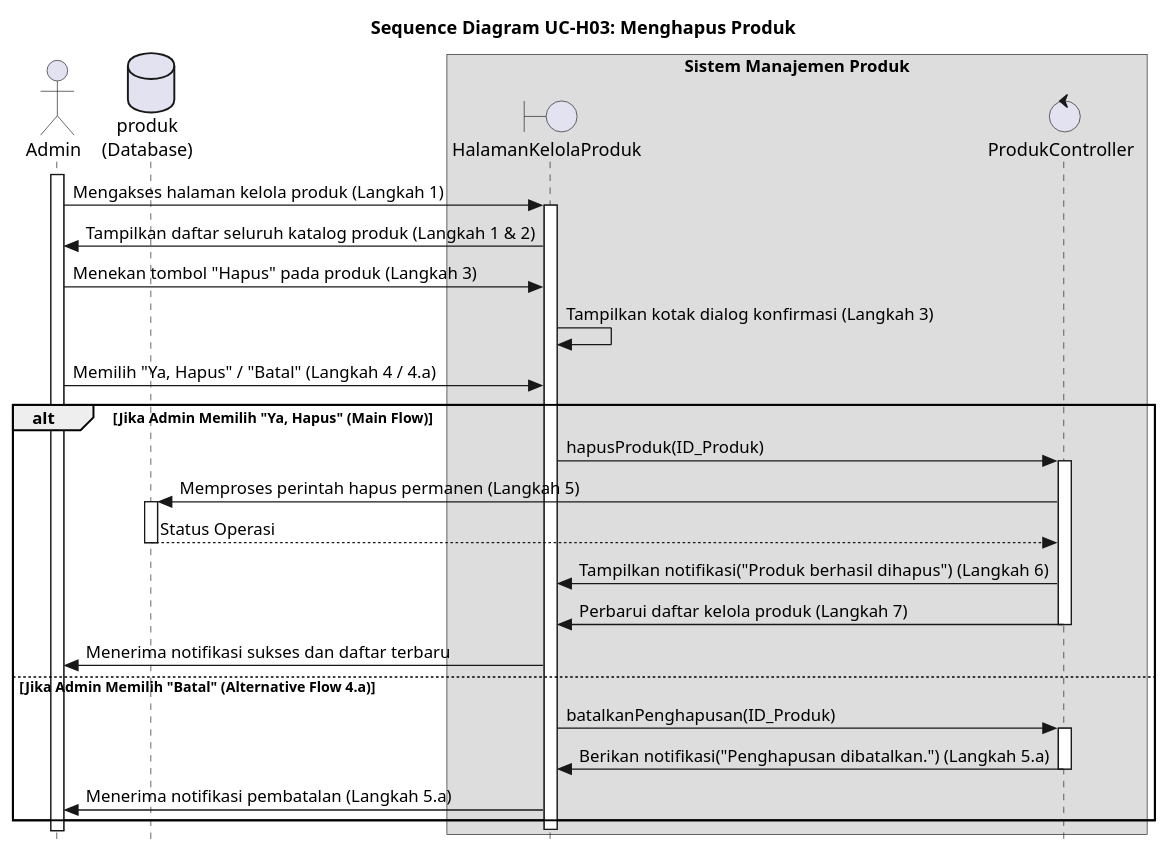
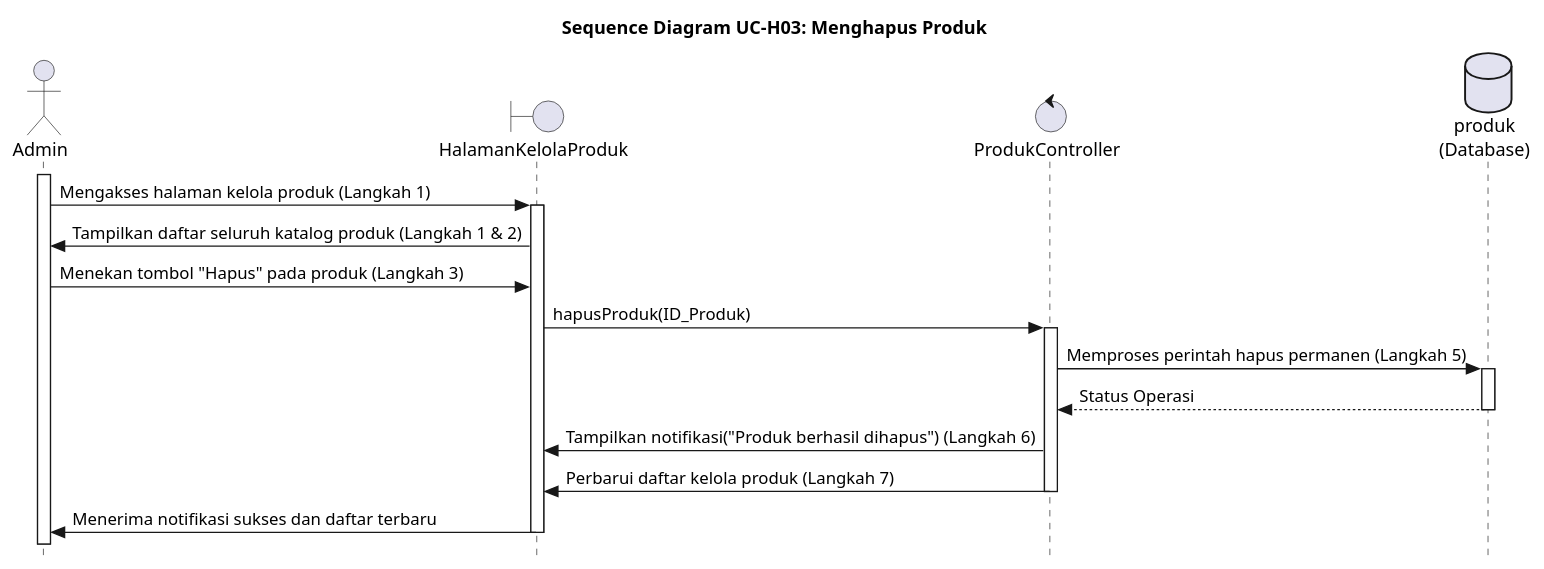
One commit to alfiahnurfa/RSI-PROYEK-AKHIR-SEQUENCE changed the diagram in UC-H03.PUML. Above: the diagram before and after it, drawn with PlantUML. The commit also changed 57 other files, not shown here.

```diff
--- a/UC-H03.PUML
+++ b/UC-H03.PUML
@@ -1,53 +1,55 @@
 @startuml SD-UC-H03_HapusProduk
 title Sequence Diagram UC-H03: Menghapus Produk
 skinparam style strictuml
 
 actor Admin
 boundary HalamanKelolaProduk
 control ProdukController
 database produk as "produk\n(Database)"
 
-box "Sistem Manajemen Produk"
-    participant HalamanKelolaProduk
-    participant ProdukController
-end box
+' box "Sistem Manajemen Produk"
+'     participant HalamanKelolaProduk
+'     participant ProdukController
+' end box
 
 activate Admin
 Admin -> HalamanKelolaProduk : Mengakses halaman kelola produk (Langkah 1)
 activate HalamanKelolaProduk
 
 HalamanKelolaProduk -> Admin : Tampilkan daftar seluruh katalog produk (Langkah 1 & 2)
 
 Admin -> HalamanKelolaProduk : Menekan tombol "Hapus" pada produk (Langkah 3)
-HalamanKelolaProduk -> HalamanKelolaProduk : Tampilkan kotak dialog konfirmasi (Langkah 3)
+' HalamanKelolaProduk -> ProdukController : Tampilkan kotak dialog konfirmasi (Langkah 3)
 
-Admin -> HalamanKelolaProduk : Memilih "Ya, Hapus" / "Batal" (Langkah 4 / 4.a)
+' Admin -> HalamanKelolaProduk : Memilih "Ya, Hapus" / "Batal" (Langkah 4 / 4.a)
 
-alt Jika Admin Memilih "Ya, Hapus" (Main Flow)
-    HalamanKelolaProduk -> ProdukController : hapusProduk(ID_Produk)
-    activate ProdukController
+HalamanKelolaProduk -> ProdukController : hapusProduk(ID_Produk)
+activate ProdukController
+
+ProdukController -> produk : Memproses perintah hapus permanen (Langkah 5)
+activate produk
+return Status Operasi
+deactivate produk
+
+ProdukController -> HalamanKelolaProduk : Tampilkan notifikasi("Produk berhasil dihapus") (Langkah 6)
+
+ProdukController -> HalamanKelolaProduk : Perbarui daftar kelola produk (Langkah 7)
+deactivate ProdukController
+
+HalamanKelolaProduk -> Admin : Menerima notifikasi sukses dan daftar terbaru
+
+' alt Jika Admin Memilih "Ya, Hapus" (Main Flow)
+
+' else Jika Admin Memilih "Batal" (Alternative Flow 4.a)
+'     HalamanKelolaProduk -> ProdukController : batalkanPenghapusan(ID_Produk)
+'     activate ProdukController
     
-    ProdukController -> produk : Memproses perintah hapus permanen (Langkah 5)
-    activate produk
-    return Status Operasi
-    deactivate produk
+'     ProdukController -> HalamanKelolaProduk : Berikan notifikasi("Penghapusan dibatalkan.") (Langkah 5.a)
+'     deactivate ProdukController
     
-    ProdukController -> HalamanKelolaProduk : Tampilkan notifikasi("Produk berhasil dihapus") (Langkah 6)
-    
-    ProdukController -> HalamanKelolaProduk : Perbarui daftar kelola produk (Langkah 7)
-    deactivate ProdukController
-    
-    HalamanKelolaProduk -> Admin : Menerima notifikasi sukses dan daftar terbaru
-else Jika Admin Memilih "Batal" (Alternative Flow 4.a)
-    HalamanKelolaProduk -> ProdukController : batalkanPenghapusan(ID_Produk)
-    activate ProdukController
-    
-    ProdukController -> HalamanKelolaProduk : Berikan notifikasi("Penghapusan dibatalkan.") (Langkah 5.a)
-    deactivate ProdukController
-    
-    HalamanKelolaProduk -> Admin : Menerima notifikasi pembatalan (Langkah 5.a)
-end alt
+'     HalamanKelolaProduk -> Admin : Menerima notifikasi pembatalan (Langkah 5.a)
+' end alt
 
 deactivate HalamanKelolaProduk
 
 @enduml
```
